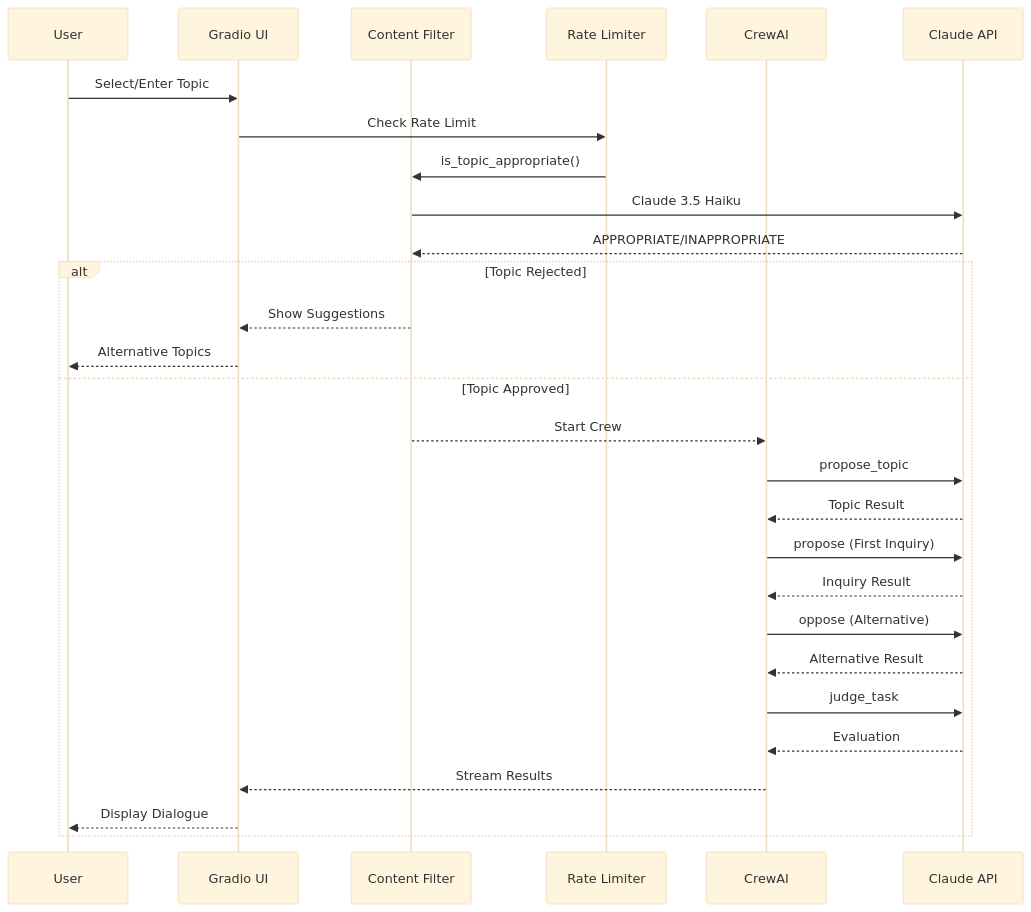
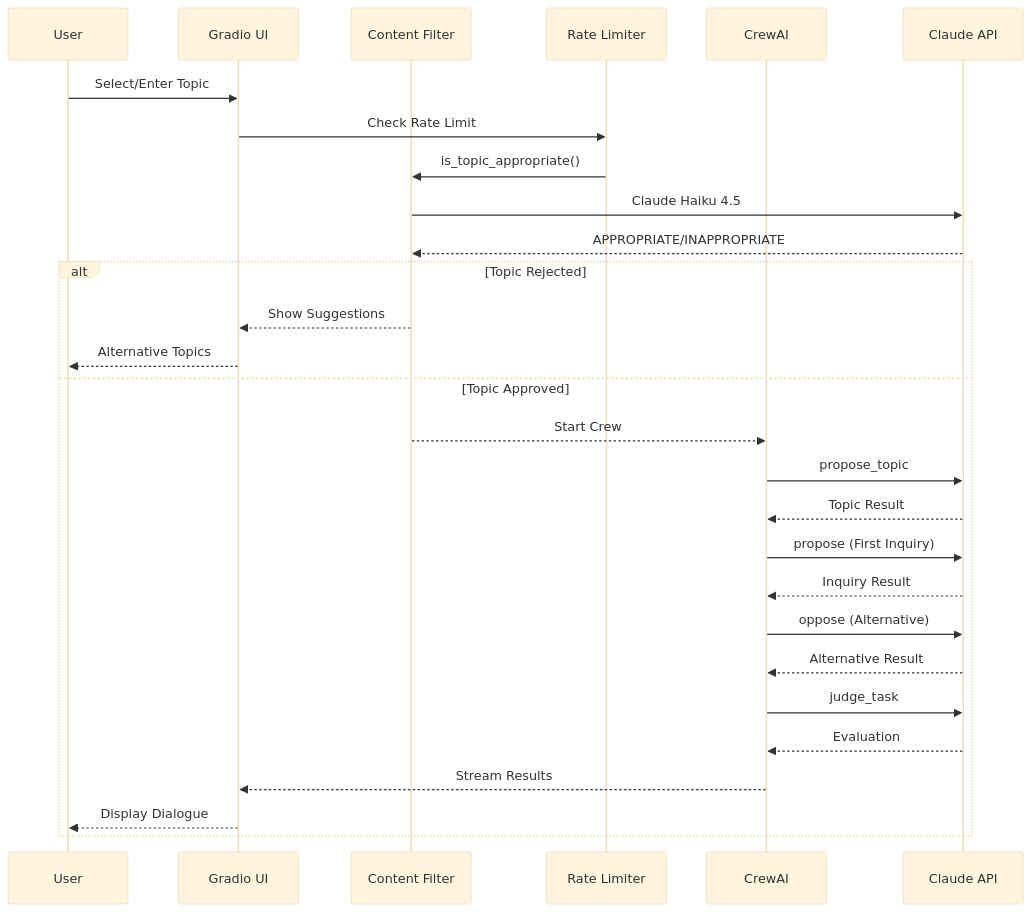
Before and after one commit to darth-dodo/socratic-sofa: the second of 10 diagrams in docs/architecture/overview.md, drawn with Mermaid (base theme). The commit also changed other lines of this file and 8 other files, not shown here.

First line of the commit message:
fix: replace retired Claude Haiku 3.5 model in content filter

````diff
--- a/docs/architecture/overview.md
+++ b/docs/architecture/overview.md
@@ -47,32 +47,32 @@
 ```mermaid
 sequenceDiagram
     participant U as User
     participant G as Gradio UI
     participant F as Content Filter
     participant R as Rate Limiter
     participant C as CrewAI
     participant A as Claude API
 
     U->>G: Select/Enter Topic
     G->>R: Check Rate Limit
     R->>F: is_topic_appropriate()
-    F->>A: Claude 3.5 Haiku
+    F->>A: Claude Haiku 4.5
     A-->>F: APPROPRIATE/INAPPROPRIATE
 
     alt Topic Rejected
         F-->>G: Show Suggestions
         G-->>U: Alternative Topics
     else Topic Approved
         F-->>C: Start Crew
         C->>A: propose_topic
         A-->>C: Topic Result
         C->>A: propose (First Inquiry)
         A-->>C: Inquiry Result
         C->>A: oppose (Alternative)
         A-->>C: Alternative Result
         C->>A: judge_task
         A-->>C: Evaluation
         C-->>G: Stream Results
         G-->>U: Display Dialogue
     end
 ```
````
